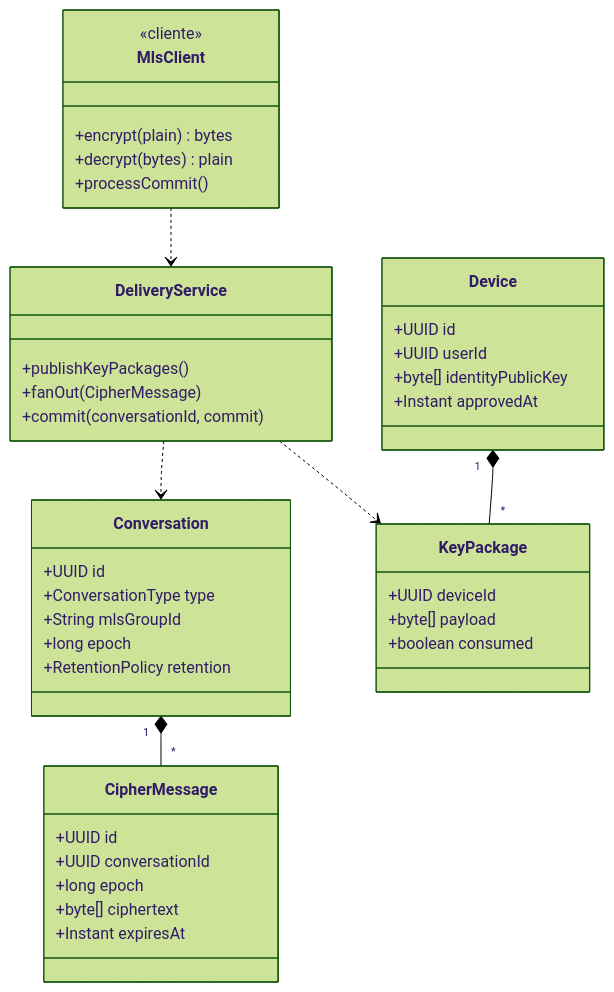
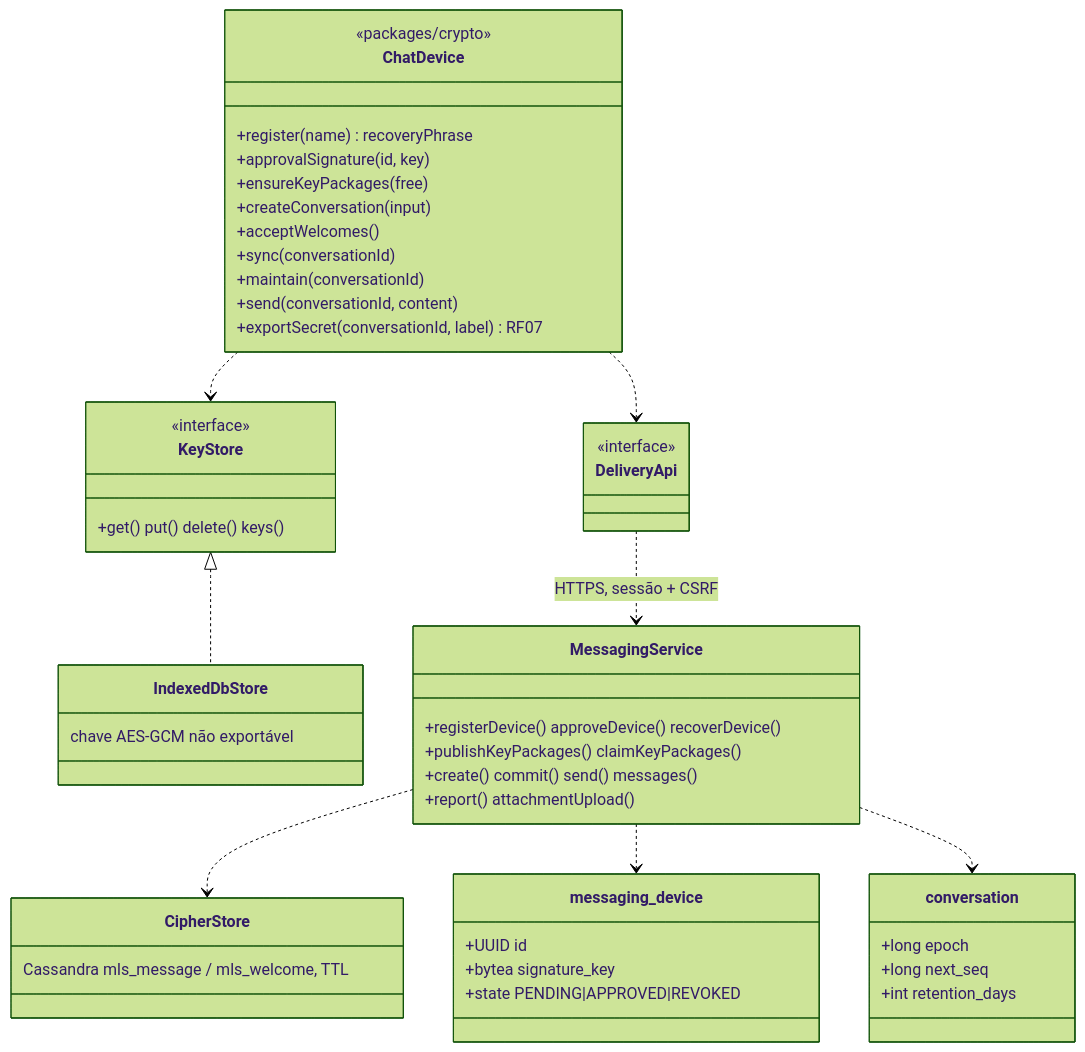
Before and after one commit to MatheusHaliski/doctor_explorer: the third of 6 diagrams in docs/rf/RF06-chat-e2ee.md, drawn with Mermaid (forest theme). The commit also changed other lines of this file and 53 other files, not shown here.

````diff
--- a/docs/rf/RF06-chat-e2ee.md
+++ b/docs/rf/RF06-chat-e2ee.md
@@ -44,44 +79,51 @@
 ```mermaid
 classDiagram
-    class Conversation {
+    class ChatDevice {
+      <<packages/crypto>>
+      +register(name) recoveryPhrase
+      +approvalSignature(id, key)
+      +ensureKeyPackages(free)
+      +createConversation(input)
+      +acceptWelcomes()
+      +sync(conversationId)
+      +maintain(conversationId)
+      +send(conversationId, content)
+      +exportSecret(conversationId, label) RF07
+    }
+    class KeyStore {
+      <<interface>>
+      +get() put() delete() keys()
+    }
+    class IndexedDbStore {
+      chave AES-GCM não exportável
+    }
+    class DeliveryApi {
+      <<interface>>
+    }
+    class MessagingService {
+      +registerDevice() approveDevice() recoverDevice()
+      +publishKeyPackages() claimKeyPackages()
+      +create() commit() send() messages()
+      +report() attachmentUpload()
+    }
+    class CipherStore {
+      Cassandra mls_message / mls_welcome, TTL
+    }
+    class messaging_device {
       +UUID id
-      +ConversationType type
-      +String mlsGroupId
+      +bytea signature_key
+      +state PENDING|APPROVED|REVOKED
+    }
+    class conversation {
       +long epoch
-      +RetentionPolicy retention
+      +long next_seq
+      +int retention_days
     }
-    class Device {
-      +UUID id
-      +UUID userId
-      +byte[] identityPublicKey
-      +Instant approvedAt
-    }
-    class KeyPackage {
-      +UUID deviceId
-      +byte[] payload
-      +boolean consumed
-    }
-    class CipherMessage {
-      +UUID id
-      +UUID conversationId
-      +long epoch
-      +byte[] ciphertext
-      +Instant expiresAt
-    }
-    class DeliveryService {
-      +publishKeyPackages()
-      +fanOut(CipherMessage)
-      +commit(conversationId, commit)
-    }
-    class MlsClient {
-      <<cliente>>
-      +encrypt(plain) bytes
-      +decrypt(bytes) plain
-      +processCommit()
-    }
-    Conversation "1" *-- "*" CipherMessage
-    Device "1" *-- "*" KeyPackage
-    DeliveryService ..> Conversation
-    DeliveryService ..> KeyPackage
-    MlsClient ..> DeliveryService
+    ChatDevice ..> KeyStore
+    ChatDevice ..> DeliveryApi
+    KeyStore <|.. IndexedDbStore
+    DeliveryApi ..> MessagingService : HTTPS, sessão + CSRF
+    MessagingService ..> CipherStore
+    MessagingService ..> messaging_device
+    MessagingService ..> conversation
 ```
````
